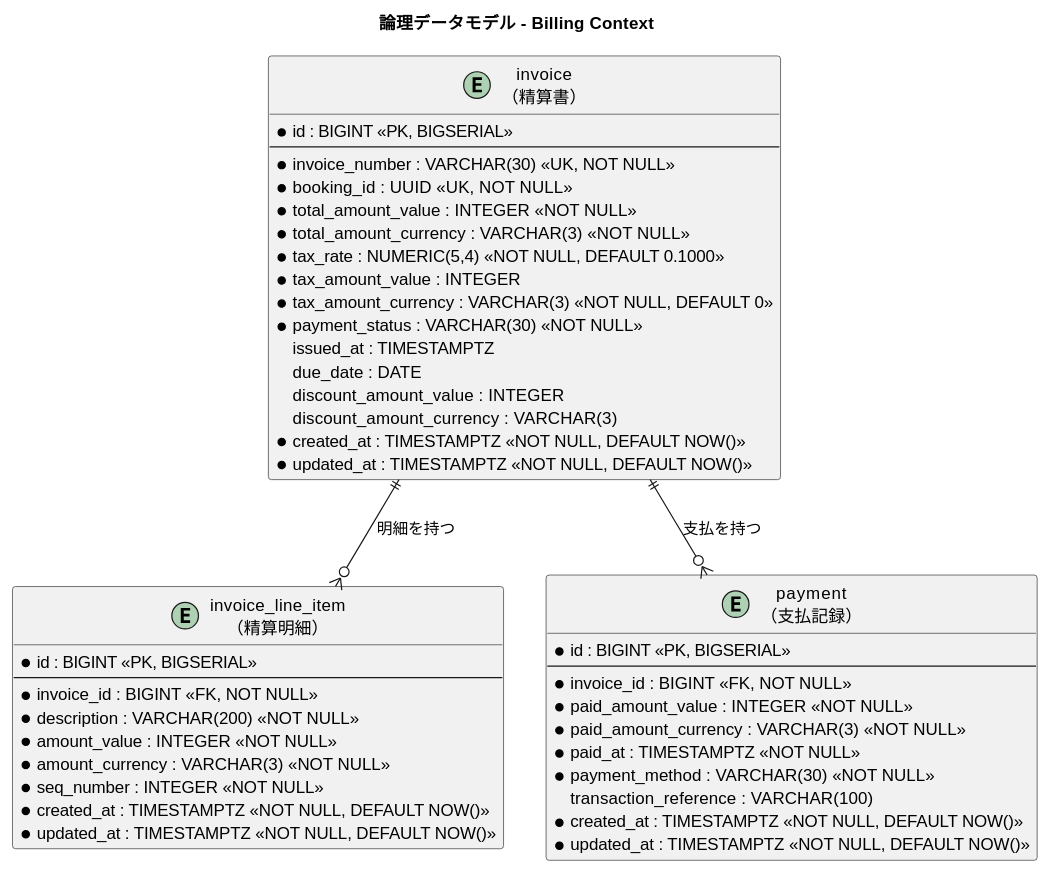
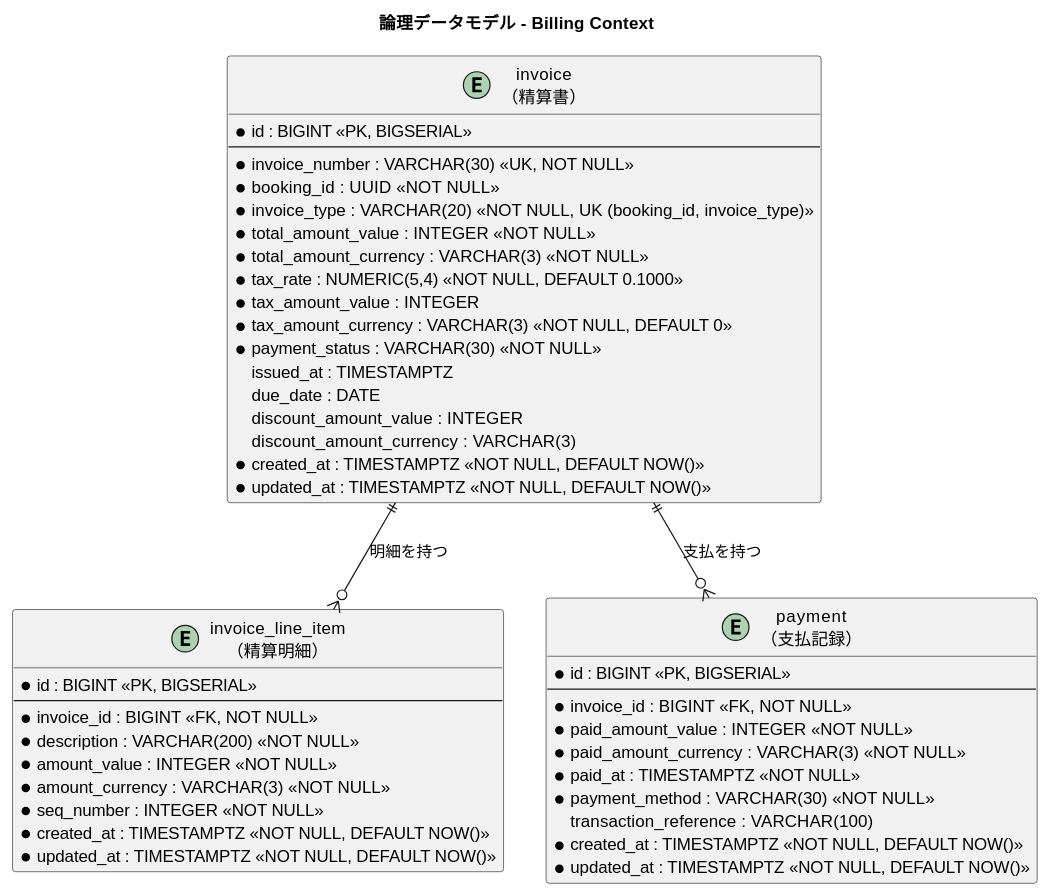
The seventh of 9 diagrams in docs/design/data-model.md (k2works/case-study-cargo-tracker), drawn with PlantUML before and after one commit. The commit also changed other lines of this file and 18 other files, not shown here.

````diff
--- a/docs/design/data-model.md
+++ b/docs/design/data-model.md
@@ -560,53 +564,54 @@
 ```plantuml
 @startuml
 title 論理データモデル - Billing Context
 
 entity "invoice\n（精算書）" as invoice {
   * id : BIGINT <<PK, BIGSERIAL>>
   --
   * invoice_number : VARCHAR(30) <<UK, NOT NULL>>
-  * booking_id : UUID <<UK, NOT NULL>>
+  * booking_id : UUID <<NOT NULL>>
+  * invoice_type : VARCHAR(20) <<NOT NULL, UK (booking_id, invoice_type)>>
   * total_amount_value : INTEGER <<NOT NULL>>
   * total_amount_currency : VARCHAR(3) <<NOT NULL>>
   * tax_rate : NUMERIC(5,4) <<NOT NULL, DEFAULT 0.1000>>
   * tax_amount_value : INTEGER
     * tax_amount_currency : VARCHAR(3) <<NOT NULL, DEFAULT 0>>
   * payment_status : VARCHAR(30) <<NOT NULL>>
   issued_at : TIMESTAMPTZ
   due_date : DATE
   discount_amount_value : INTEGER
   discount_amount_currency : VARCHAR(3)
   * created_at : TIMESTAMPTZ <<NOT NULL, DEFAULT NOW()>>
   * updated_at : TIMESTAMPTZ <<NOT NULL, DEFAULT NOW()>>
 }
 
 entity "invoice_line_item\n（精算明細）" as invoice_line_item {
   * id : BIGINT <<PK, BIGSERIAL>>
   --
   * invoice_id : BIGINT <<FK, NOT NULL>>
   * description : VARCHAR(200) <<NOT NULL>>
   * amount_value : INTEGER <<NOT NULL>>
   * amount_currency : VARCHAR(3) <<NOT NULL>>
   * seq_number : INTEGER <<NOT NULL>>
   * created_at : TIMESTAMPTZ <<NOT NULL, DEFAULT NOW()>>
   * updated_at : TIMESTAMPTZ <<NOT NULL, DEFAULT NOW()>>
 }
 
 entity "payment\n（支払記録）" as payment {
   * id : BIGINT <<PK, BIGSERIAL>>
   --
   * invoice_id : BIGINT <<FK, NOT NULL>>
   * paid_amount_value : INTEGER <<NOT NULL>>
   * paid_amount_currency : VARCHAR(3) <<NOT NULL>>
   * paid_at : TIMESTAMPTZ <<NOT NULL>>
   * payment_method : VARCHAR(30) <<NOT NULL>>
   transaction_reference : VARCHAR(100)
   * created_at : TIMESTAMPTZ <<NOT NULL, DEFAULT NOW()>>
   * updated_at : TIMESTAMPTZ <<NOT NULL, DEFAULT NOW()>>
 }
 
 invoice ||--o{ invoice_line_item : "明細を持つ"
 invoice ||--o{ payment : "支払を持つ"
 
 @enduml
 ```
````
